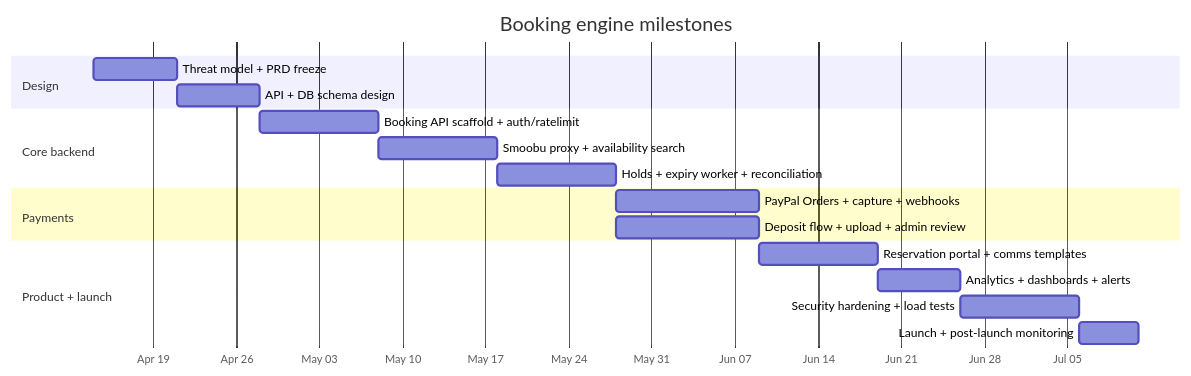
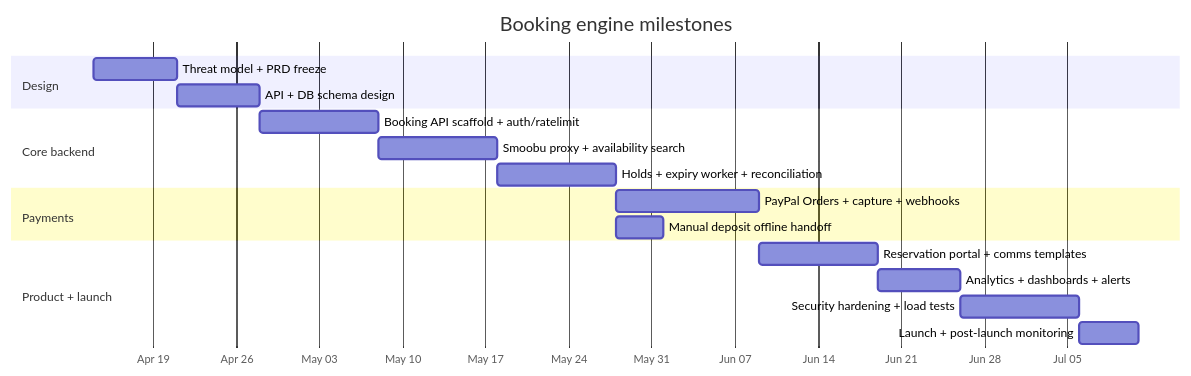
The third of 3 diagrams in docs/own_booking_engine/tasks.md (TommasoRibaudo/kalawala-web), drawn with Mermaid before and after one commit. The commit also changed other lines of this file and 4 other files, not shown here.

````diff
--- a/docs/own_booking_engine/tasks.md
+++ b/docs/own_booking_engine/tasks.md
@@ -524,25 +500,25 @@
 ```mermaid
 gantt
   title Booking engine milestones
   dateFormat  YYYY-MM-DD
   axisFormat  %b %d
 
   section Design
   Threat model + PRD freeze           :a1, 2026-04-14, 7d
   API + DB schema design              :a2, after a1, 7d
 
   section Core backend
   Booking API scaffold + auth/ratelimit: b1, after a2, 10d
   Smoobu proxy + availability search  :b2, after b1, 10d
   Holds + expiry worker + reconciliation: b3, after b2, 10d
 
   section Payments
   PayPal Orders + capture + webhooks  :c1, after b3, 12d
-  Deposit flow + upload + admin review: c2, after b3, 12d
+  Manual deposit offline handoff      :c2, after b3, 4d
 
   section Product + launch
   Reservation portal + comms templates: d1, after c1, 10d
   Analytics + dashboards + alerts     :d2, after d1, 7d
   Security hardening + load tests     :d3, after d2, 10d
   Launch + post-launch monitoring     :d4, after d3, 5d
 ```
````
